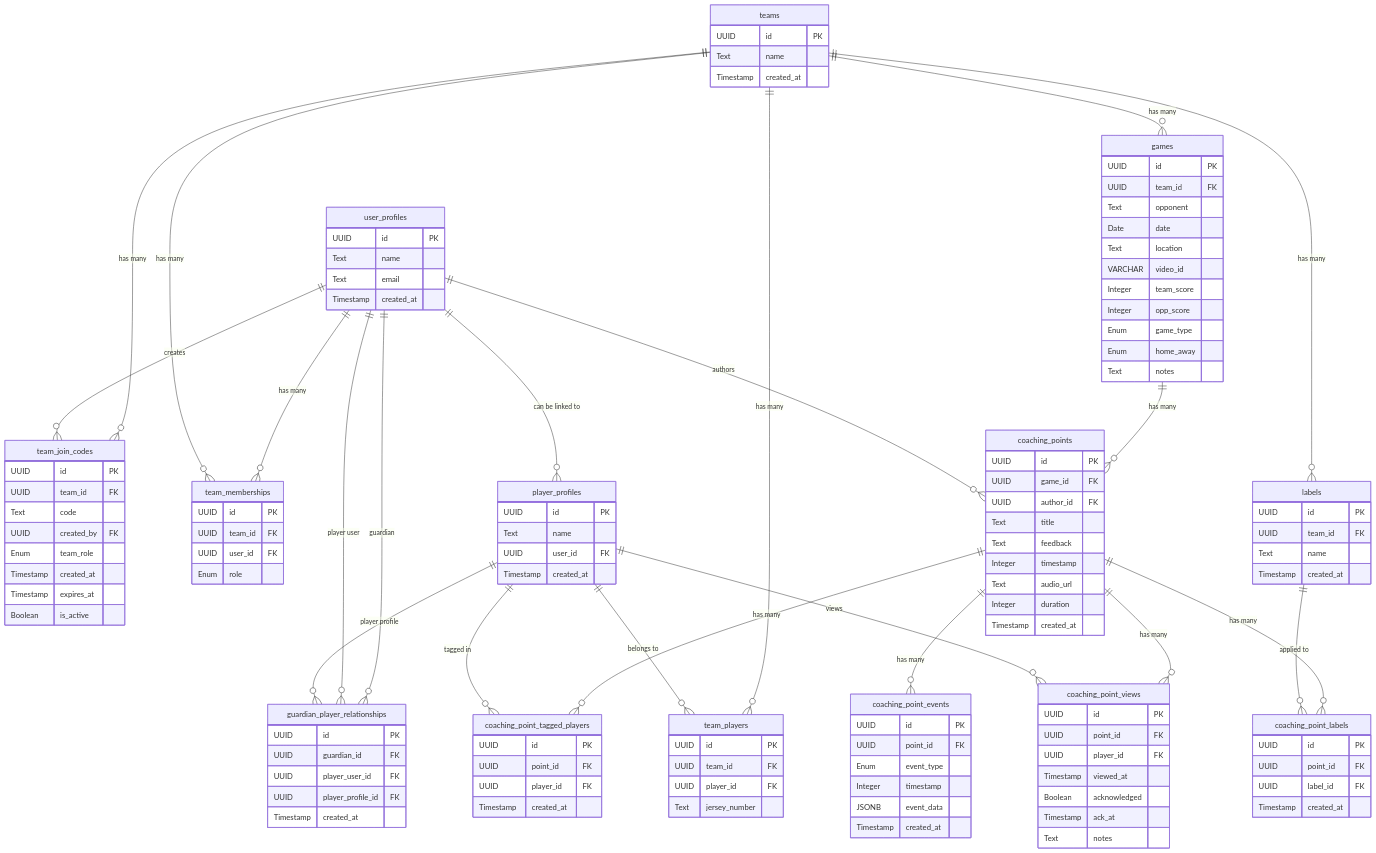
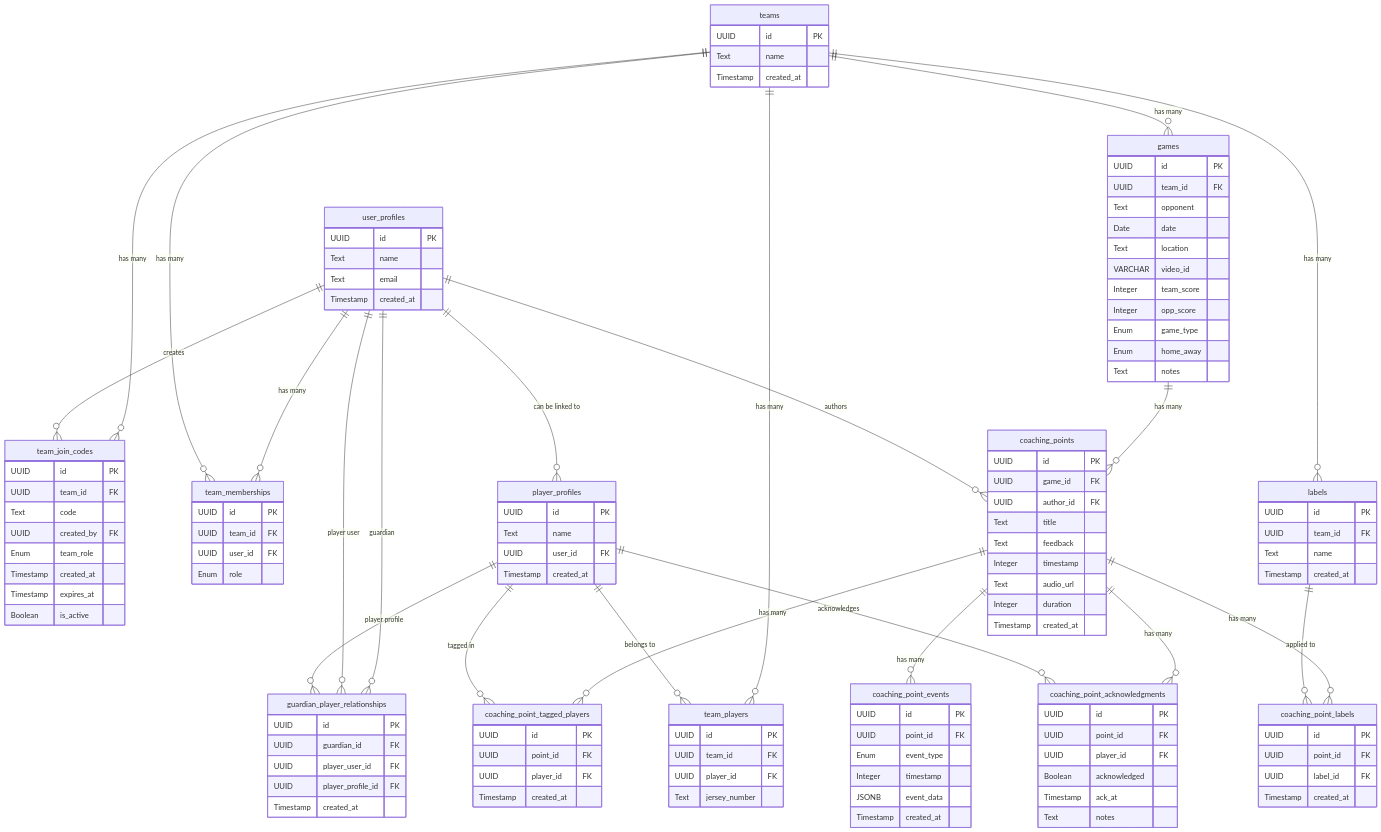
Before and after one commit to tynidev/tactix: the diagram in docs/schema.md, drawn with Mermaid. The commit also changed other lines of this file and 13 other files, not shown here.

Commit message:
Refactor database schema: rename `coaching_point_views` to `coaching_point_acknowledgments` and update related documentation and SQL queries. Adjust migration and setup instructions accordingly.

````diff
--- a/docs/schema.md
+++ b/docs/schema.md
@@ -261,11 +260,10 @@
         Timestamp created_at
     }
     
-    coaching_point_views {
+    coaching_point_acknowledgments {
         UUID id PK
         UUID point_id FK
         UUID player_id FK
-        Timestamp viewed_at
         Boolean acknowledged
         Timestamp ack_at
         Text notes
@@ -290,6 +288,6 @@
     teams ||--o{ labels : "has many"
     coaching_points ||--o{ coaching_point_labels : "has many"
     labels ||--o{ coaching_point_labels : "applied to"
-    coaching_points ||--o{ coaching_point_views : "has many"
-    player_profiles ||--o{ coaching_point_views : "views"
+    coaching_points ||--o{ coaching_point_acknowledgments : "has many"
+    player_profiles ||--o{ coaching_point_acknowledgments : "acknowledges"
 ```
````
